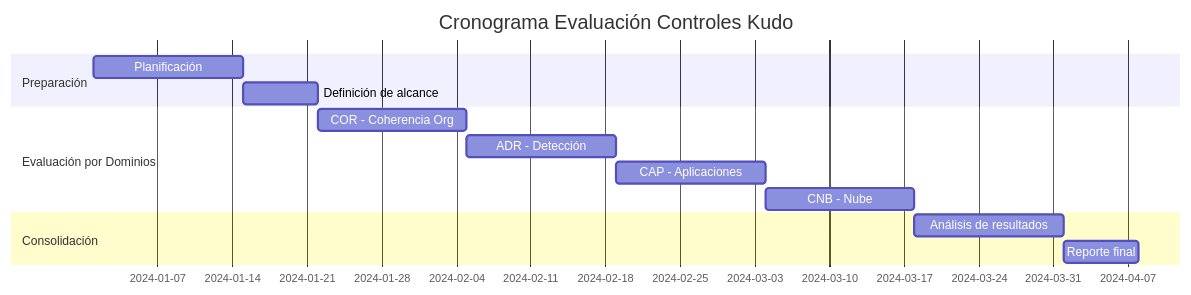
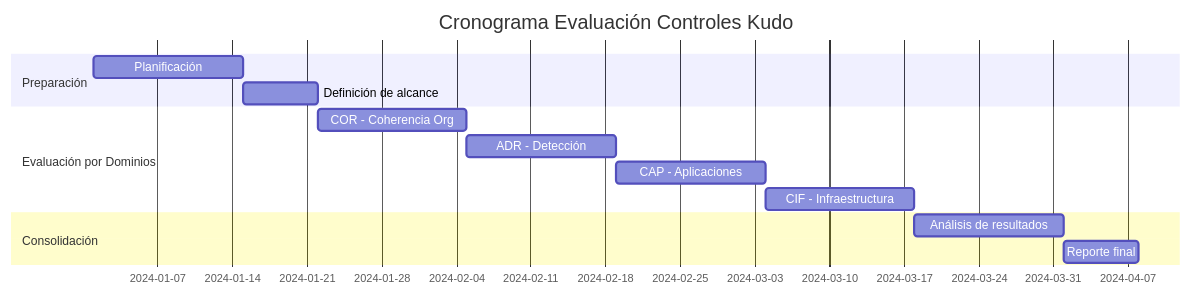
One commit to PetterVargas/kudo changed the diagram in content/docs/framework/OSCAL/ap-assessment-plan.mdx. Above: the diagram before and after it, drawn with Mermaid. The commit also changed other lines of this file and 215 other files, not shown here.

````diff
--- a/content/docs/framework/OSCAL/ap-assessment-plan.mdx
+++ b/content/docs/framework/OSCAL/ap-assessment-plan.mdx
@@ -46,16 +46,16 @@
 ```mermaid
 gantt
     title Cronograma Evaluación Controles Kudo
     dateFormat  YYYY-MM-DD
     section Preparación
     Planificación           :prep1, 2024-01-01, 2w
     Definición de alcance   :prep2, after prep1, 1w
     section Evaluación por Dominios
     COR - Coherencia Org    :cor, after prep2, 2w
     ADR - Detección        :adr, after cor, 2w
     CAP - Aplicaciones     :cap, after adr, 2w
-    CNB - Nube  :cnb, after cap, 2w
+    CIF - Infraestructura  :cif, after cap, 2w
     section Consolidación
-    Análisis de resultados  :analisis, after cnb, 2w
+    Análisis de resultados  :analisis, after cif, 2w
     Reporte final          :reporte, after analisis, 1w
 ```
````
